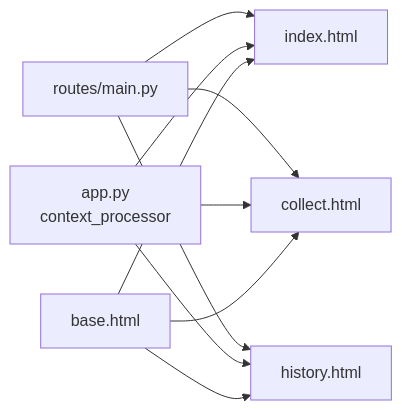
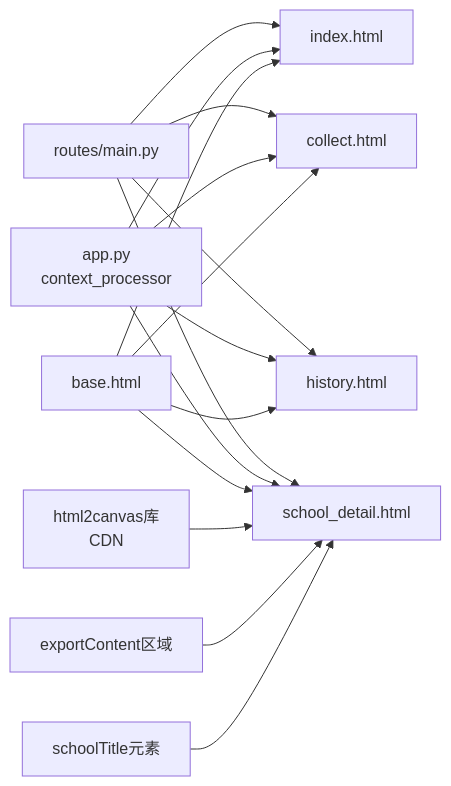
Before and after one commit to oreovan567-pixel/middle-platform-data-collector: the sixth of 6 diagrams in .qoder/repowiki/zh/content/Web应用/前端界面/模板系统.md, drawn with Mermaid. The commit also changed other lines of this file and 9 other files, not shown here.

````diff
--- a/.qoder/repowiki/zh/content/Web应用/前端界面/模板系统.md
+++ b/.qoder/repowiki/zh/content/Web应用/前端界面/模板系统.md
@@ -263,12 +375,18 @@
 ```mermaid
 graph LR
 M["routes/main.py"] --> T1["index.html"]
 M --> T2["collect.html"]
 M --> T3["history.html"]
+M --> T4["school_detail.html"]
 A["app.py<br/>context_processor"] --> T1
 A --> T2
 A --> T3
+A --> T4
 B["base.html"] --> T1
 B --> T2
 B --> T3
+B --> T4
+H["html2canvas库<br/>CDN"] --> T4
+E["exportContent区域"] --> T4
+N["schoolTitle元素"] --> T4
 ```
````
